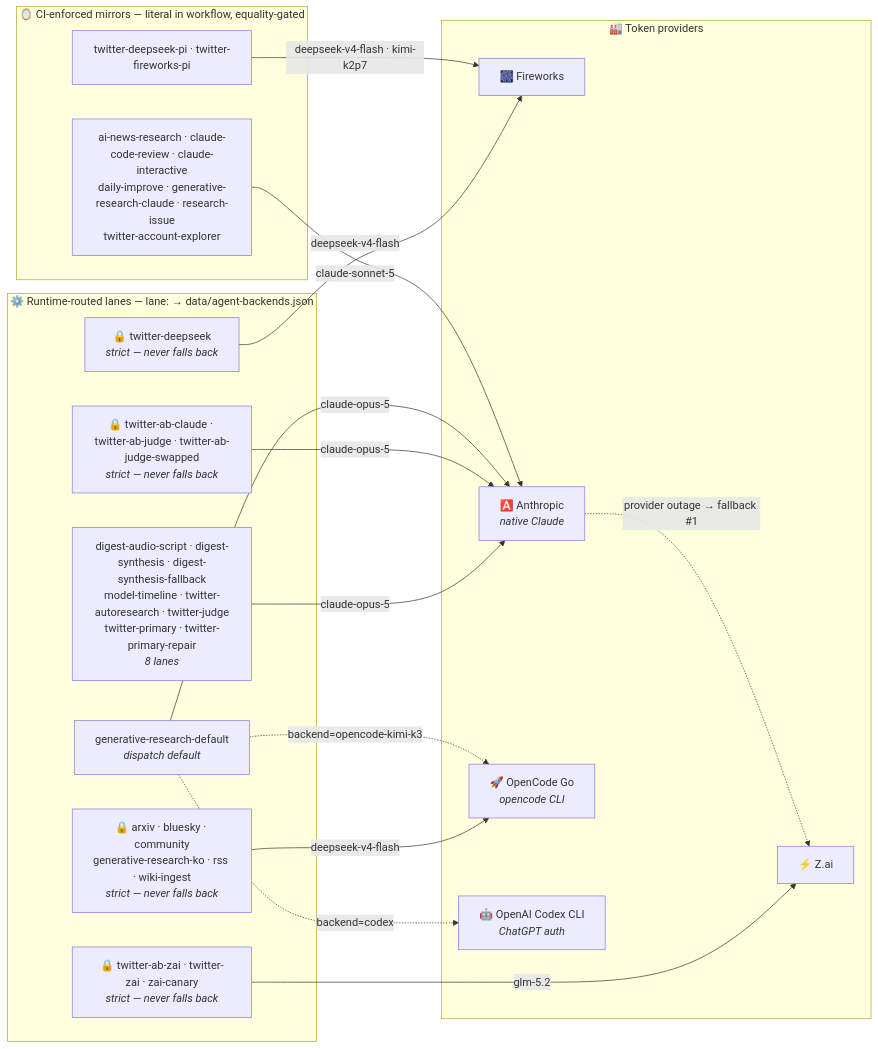
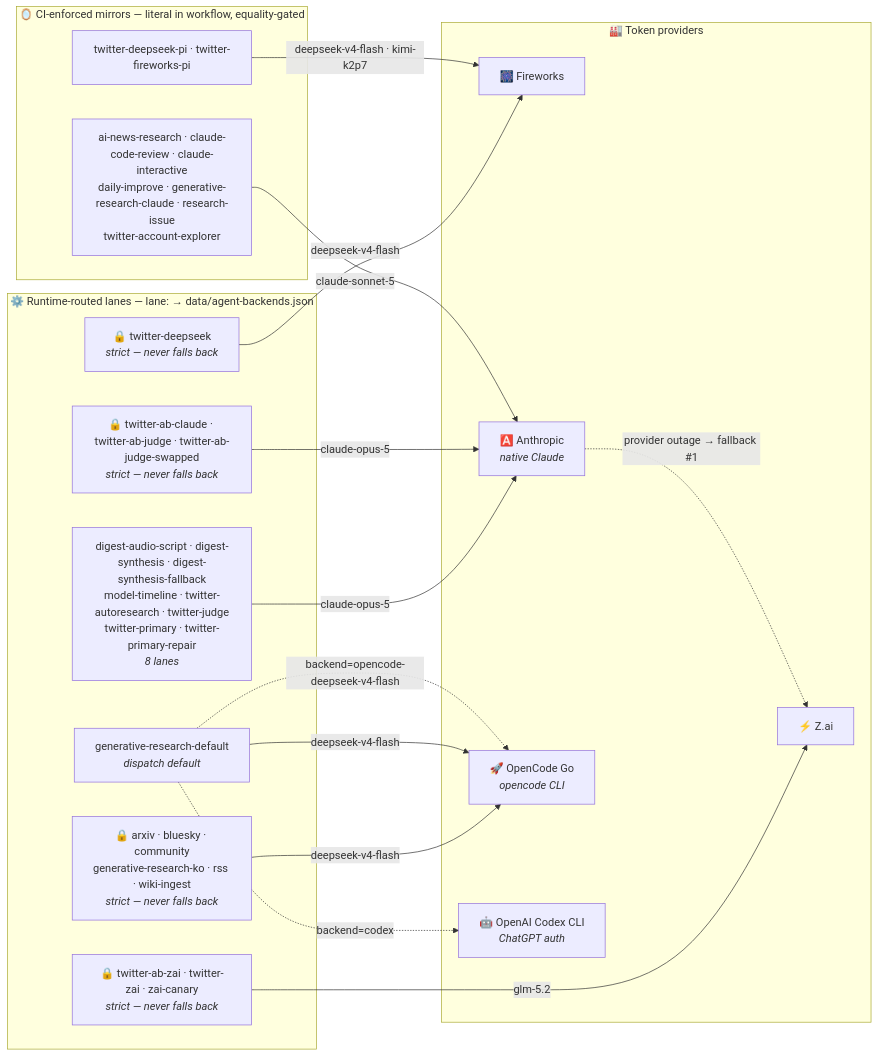
The second of 3 diagrams in README.md (guzus/ai-research-arm), drawn with Mermaid before and after one commit. The commit also changed other lines of this file and 13 other files, not shown here.

````diff
--- a/README.md
+++ b/README.md
@@ -148,33 +148,33 @@
 ```mermaid
 flowchart LR
     subgraph runtime["⚙️ Runtime-routed lanes — lane: → data/agent-backends.json"]
         lanes0["digest-audio-script · digest-synthesis · digest-synthesis-fallback<br/>model-timeline · twitter-autoresearch · twitter-judge<br/>twitter-primary · twitter-primary-repair<br/><i>8 lanes</i>"]
         strict0["🔒 twitter-ab-claude · twitter-ab-judge · twitter-ab-judge-swapped<br/><i>strict — never falls back</i>"]
         strict1["🔒 twitter-deepseek<br/><i>strict — never falls back</i>"]
         strict2["🔒 arxiv · bluesky · community<br/>generative-research-ko · rss · wiki-ingest<br/><i>strict — never falls back</i>"]
         strict3["🔒 twitter-ab-zai · twitter-zai · zai-canary<br/><i>strict — never falls back</i>"]
         gendef["generative-research-default<br/><i>dispatch default</i>"]
     end
     subgraph mirrors["🪞 CI-enforced mirrors — literal in workflow, equality-gated"]
         pi["twitter-deepseek-pi · twitter-fireworks-pi"]
         native["ai-news-research · claude-code-review · claude-interactive<br/>daily-improve · generative-research-claude · research-issue<br/>twitter-account-explorer"]
     end
     subgraph providers["🏭 Token providers"]
         FW["🎆 Fireworks"]
         ZAI["⚡ Z.ai"]
         ANT["🅰️ Anthropic<br/><i>native Claude</i>"]
         OC["🚀 OpenCode Go<br/><i>opencode CLI</i>"]
         OAI["🤖 OpenAI Codex CLI<br/><i>ChatGPT auth</i>"]
     end
     lanes0 -->|"claude-opus-5"| ANT
     strict0 -->|"claude-opus-5"| ANT
     strict1 -->|"deepseek-v4-flash"| FW
     strict2 -->|"deepseek-v4-flash"| OC
     strict3 -->|"glm-5.2"| ZAI
-    gendef -->|"claude-opus-5"| ANT
+    gendef -->|"deepseek-v4-flash"| OC
     pi -->|"deepseek-v4-flash · kimi-k2p7"| FW
     native -->|"claude-sonnet-5"| ANT
     gendef -.->|"backend=codex"| OAI
-    gendef -.->|"backend=opencode-kimi-k3"| OC
+    gendef -.->|"backend=opencode-deepseek-v4-flash"| OC
     ANT -. "provider outage → fallback #1" .-> ZAI
 ```
````
